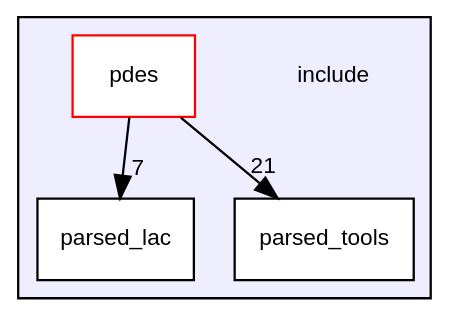
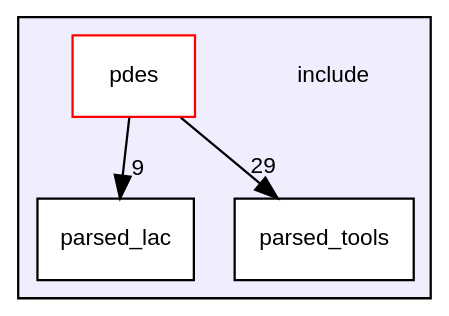
Before and after one commit to luca-heltai/fsi-suite: the diagram in dir_d44c64559bbebec7f509842c48db8b23_dep.dot, drawn with Graphviz. The commit also changed 693 other files, not shown here.

```diff
--- a/dir_d44c64559bbebec7f509842c48db8b23_dep.dot
+++ b/dir_d44c64559bbebec7f509842c48db8b23_dep.dot
@@ -1,15 +1,15 @@
 digraph "include" {
   bgcolor=transparent;
   compound=true
   node [ fontsize="10", fontname="Helvetica"];
   edge [ labelfontsize="10", labelfontname="Helvetica"];
   subgraph clusterdir_d44c64559bbebec7f509842c48db8b23 {
     graph [ bgcolor="#eeeeff", pencolor="black", label="" URL="dir_d44c64559bbebec7f509842c48db8b23.html"];
     dir_d44c64559bbebec7f509842c48db8b23 [shape=plaintext label="include"];
     dir_65593bf93f1e4428cc81baf4bb94349f [shape=box label="parsed_lac" color="black" fillcolor="white" style="filled" URL="dir_65593bf93f1e4428cc81baf4bb94349f.html"];
     dir_8e8448d9aef603b86753e7cb911804a9 [shape=box label="parsed_tools" color="black" fillcolor="white" style="filled" URL="dir_8e8448d9aef603b86753e7cb911804a9.html"];
     dir_60faf9a10d52b04582224b9116454383 [shape=box label="pdes" color="red" fillcolor="white" style="filled" URL="dir_60faf9a10d52b04582224b9116454383.html"];
   }
-  dir_60faf9a10d52b04582224b9116454383->dir_8e8448d9aef603b86753e7cb911804a9 [headlabel="21", labeldistance=1.5 headhref="dir_000005_000004.html"];
-  dir_60faf9a10d52b04582224b9116454383->dir_65593bf93f1e4428cc81baf4bb94349f [headlabel="7", labeldistance=1.5 headhref="dir_000005_000003.html"];
+  dir_60faf9a10d52b04582224b9116454383->dir_8e8448d9aef603b86753e7cb911804a9 [headlabel="29", labeldistance=1.5 headhref="dir_000005_000004.html"];
+  dir_60faf9a10d52b04582224b9116454383->dir_65593bf93f1e4428cc81baf4bb94349f [headlabel="9", labeldistance=1.5 headhref="dir_000005_000003.html"];
 }
```
